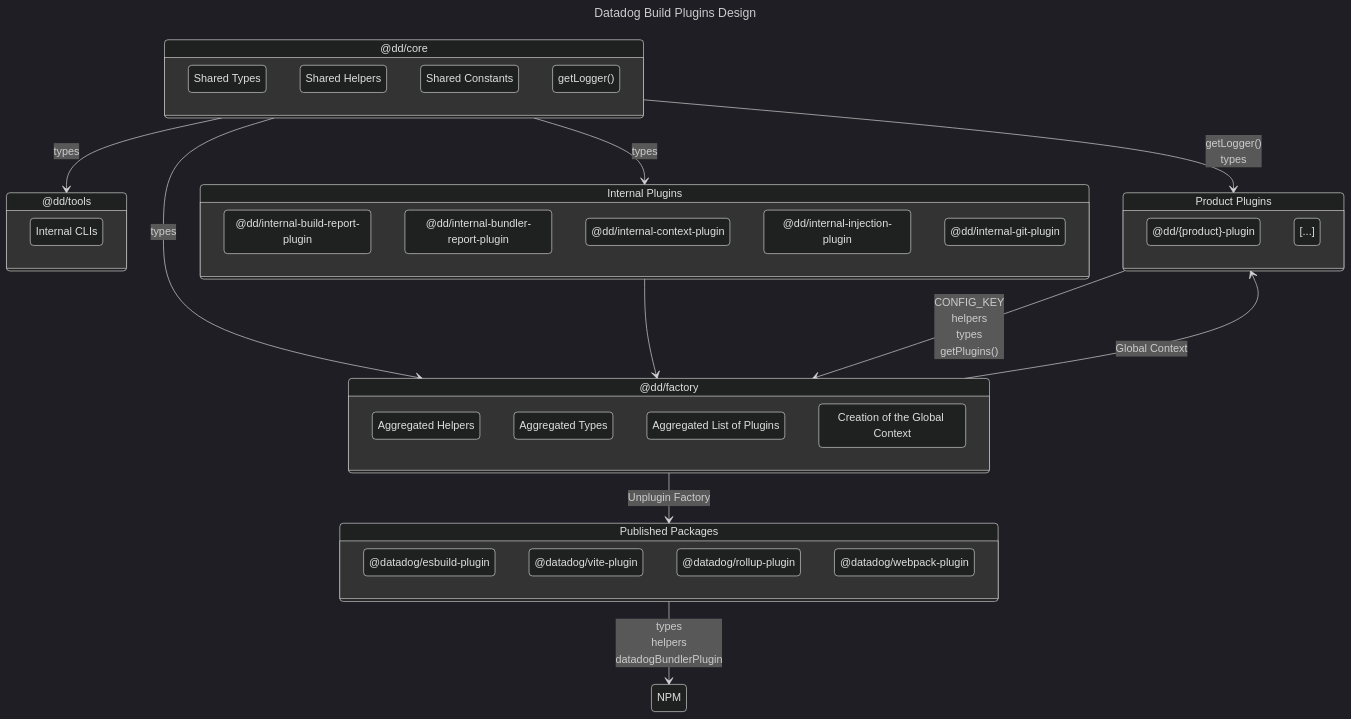
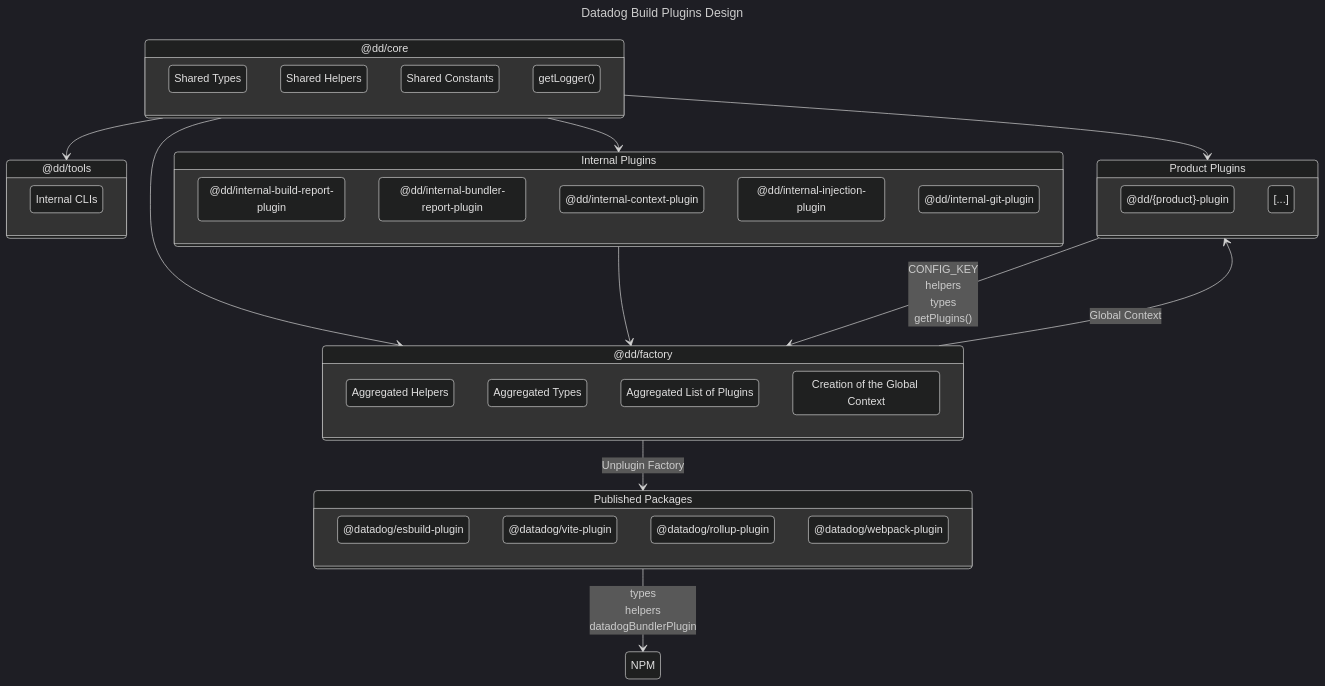
One commit to DataDog/build-plugins changed the diagram in CONTRIBUTING.md. Above: the diagram before and after it, drawn with Mermaid (dark theme).

Commit message:
Update diagram

````diff
--- a/CONTRIBUTING.md
+++ b/CONTRIBUTING.md
@@ -77,79 +77,79 @@
 ```mermaid
 ---
 title: Datadog Build Plugins Design
 ---
 stateDiagram-v2
     published: Published Packages
     productPlugins: Product Plugins
     productPlugin: @dd/{product}-plugin
     productPlugin2: [...]
     esbuildplugin: @datadog/esbuild-plugin
     viteplugin: @datadog/vite-plugin
     rollupplugin: @datadog/rollup-plugin
     webpackplugin: @datadog/webpack-plugin
     tools: @dd/tools
     factory: @dd/factory
     core: @dd/core
     types: Shared Types
     sharedHelpers: Shared Helpers
     sharedConstants: Shared Constants
     helpers: Aggregated Helpers
     atypes: Aggregated Types
     aplugins: Aggregated List of Plugins
     contextCreation: Creation of the Global Context
     cli: Internal CLIs
     internalPlugins: Internal Plugins
     buildReportPlugin: @dd/internal-build-report-plugin
     bundlerReportPlugin: @dd/internal-bundler-report-plugin
     contextPlugin: @dd/internal-context-plugin
     injectionPlugin: @dd/internal-injection-plugin
     gitPlugin: @dd/internal-git-plugin
 
     state internalPlugins {
         buildReportPlugin
         bundlerReportPlugin
         contextPlugin
         gitPlugin
         injectionPlugin
     }
 
     state core {
         getLogger()
         sharedHelpers
         sharedConstants
         types
     }
 
     state published {
         esbuildplugin
         viteplugin
         rollupplugin
         webpackplugin
     }
 
     state productPlugins {
         productPlugin
         productPlugin2
     }
 
     state factory {
         contextCreation
         helpers
         atypes
         aplugins
     }
 
     state tools {
         cli
     }
 
     internalPlugins --> factory
     productPlugins --> factory: CONFIG_KEY<br/>helpers<br/>types<br/>getPlugins()
-    core --> tools: types
-    core --> factory: types
-    core --> internalPlugins: types
-    core --> productPlugins: getLogger()<br/>types
+    core --> tools
+    core --> factory
+    core --> internalPlugins
+    core --> productPlugins
     factory --> productPlugins: Global Context
     factory --> published: Unplugin Factory
     published --> NPM: types<br/>helpers<br/>datadogBundlerPlugin
 ```
````
